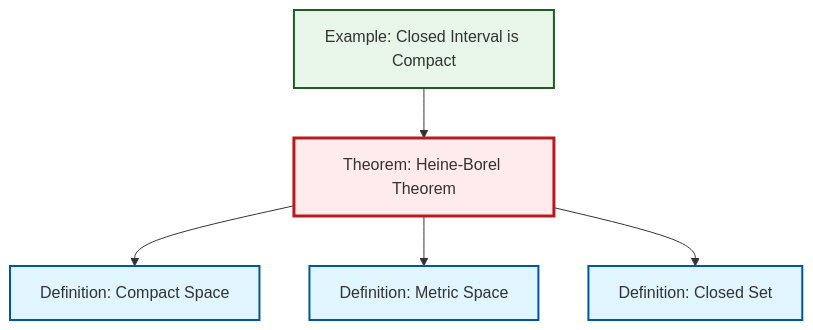
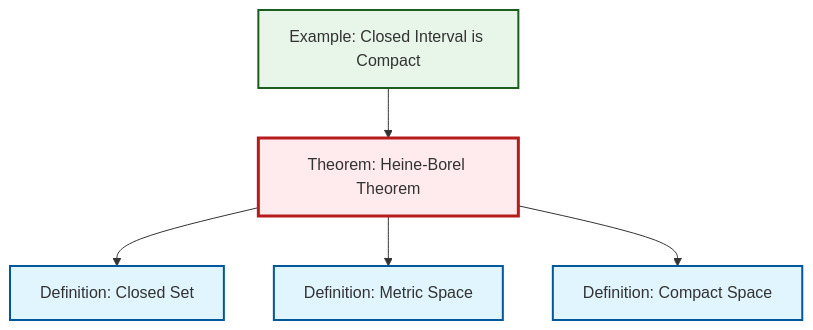
One commit to RK0429/ModernMath changed the diagram in content/ja/topology/thm-heine-borel.qmd. Above: the diagram before and after it, drawn with Mermaid. The commit also changed other lines of this file and 530 other files, not shown here.

````diff
--- a/content/ja/topology/thm-heine-borel.qmd
+++ b/content/ja/topology/thm-heine-borel.qmd
@@ -49,23 +49,23 @@
 ```{mermaid}
 %%| fig-cap: "Local dependency graph"
 graph TD
     classDef definition fill:#e1f5fe,stroke:#01579b,stroke-width:2px
     classDef theorem fill:#f3e5f5,stroke:#4a148c,stroke-width:2px
     classDef axiom fill:#fff3e0,stroke:#e65100,stroke-width:2px
     classDef example fill:#e8f5e9,stroke:#1b5e20,stroke-width:2px
     classDef current fill:#ffebee,stroke:#b71c1c,stroke-width:3px
+    ex-closed-interval-compact["Example: Closed Interval is Compact"]:::example
+    def-compact["Definition: Compact Space"]:::definition
+    def-metric-space["Definition: Metric Space"]:::definition
+    def-closed-set["Definition: Closed Set"]:::definition
     thm-heine-borel["Theorem: Heine-Borel Theorem"]:::theorem
-    def-metric-space["Definition: Metric Space"]:::definition
-    def-compact["Definition: Compact Space"]:::definition
-    def-closed-set["Definition: Closed Set"]:::definition
-    ex-closed-interval-compact["Example: Closed Interval is Compact"]:::example
+    thm-heine-borel --> def-closed-set
+    thm-heine-borel --> def-metric-space
+    thm-heine-borel --> def-compact
     ex-closed-interval-compact --> thm-heine-borel
-    thm-heine-borel --> def-compact
-    thm-heine-borel --> def-metric-space
-    thm-heine-borel --> def-closed-set
     class thm-heine-borel current
+    click ex-closed-interval-compact "ex-closed-interval-compact.html" "Example: Closed Interval is Compactへ"
+    click def-compact "def-compact.html" "Definition: Compact Spaceへ"
     click def-metric-space "def-metric-space.html" "Definition: Metric Spaceへ"
-    click def-compact "def-compact.html" "Definition: Compact Spaceへ"
     click def-closed-set "def-closed-set.html" "Definition: Closed Setへ"
-    click ex-closed-interval-compact "ex-closed-interval-compact.html" "Example: Closed Interval is Compactへ"
 ```
````
